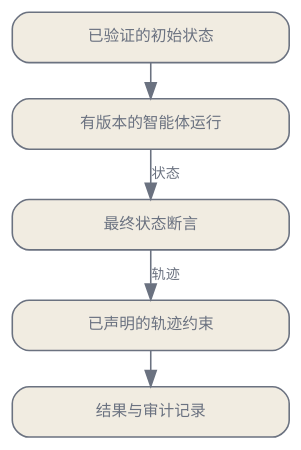
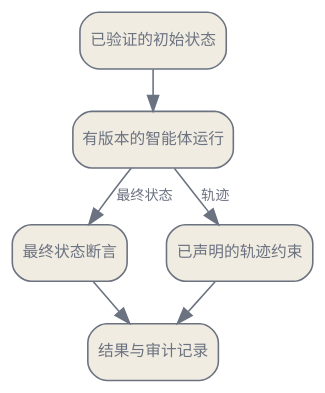
Before and after one commit to latere-ai/ai-as-an-infrastructure: the diagram in zh/evaluation/06-evaluating-agents.qmd, drawn with Graphviz. The commit also changed other lines of this file and 8 other files, not shown here.

````diff
--- a/zh/evaluation/06-evaluating-agents.qmd
+++ b/zh/evaluation/06-evaluating-agents.qmd
@@ -96,22 +94,24 @@
 ```{dot}
 //| label: fig-agent-evaluation-contract
 //| fig-cap: "智能体从经过验证的初始状态开始运行。评测器根据最终状态判断是否完成，只针对已声明的约束检查轨迹，并把两类结果与运行工件一同保留。"
 digraph {
   bgcolor="transparent";
   rankdir=TB;
-  nodesep=0.25; ranksep=0.3;
-  node [shape=box, style="rounded,filled", fixedsize=true, width=2.45, height=0.45, fontname="Helvetica", fontsize=10, color="#6b7280", fontcolor="#6b7280", fillcolor="#f1ece1", margin="0.08,0.05"];
+  nodesep=0.35; ranksep=0.36;
+  node [shape=box, style="rounded,filled", fontname="Helvetica", fontsize=10, color="#6b7280", fontcolor="#6b7280", fillcolor="#f1ece1", margin="0.1,0.06"];
   edge [fontname="Helvetica", fontsize=9, color="#6b7280", fontcolor="#6b7280"];
 
   I [label="已验证的初始状态"];
   R [label="有版本的智能体运行"];
   S [label="最终状态断言"];
   C [label="已声明的轨迹约束"];
   O [label="结果与审计记录"];
 
   I -> R;
-  R -> S [label="状态"];
-  S -> C [label="轨迹"];
+  R -> S [label="最终状态"];
+  R -> C [label="轨迹"];
+  S -> O;
   C -> O;
+  { rank=same; S; C; }
 }
 ```
````
